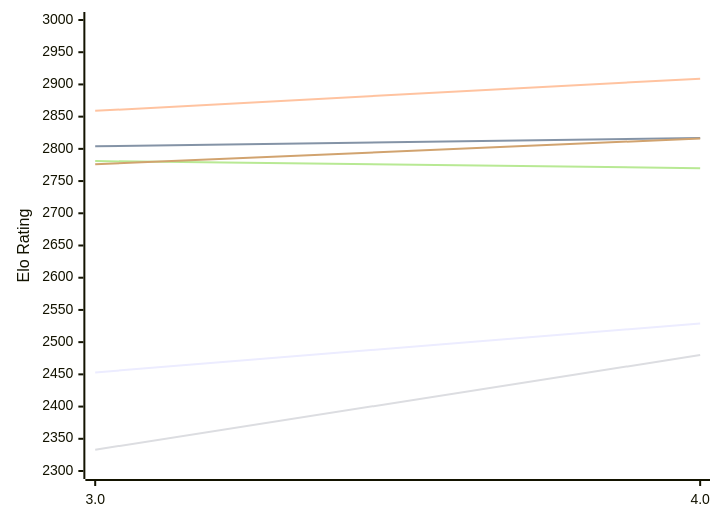
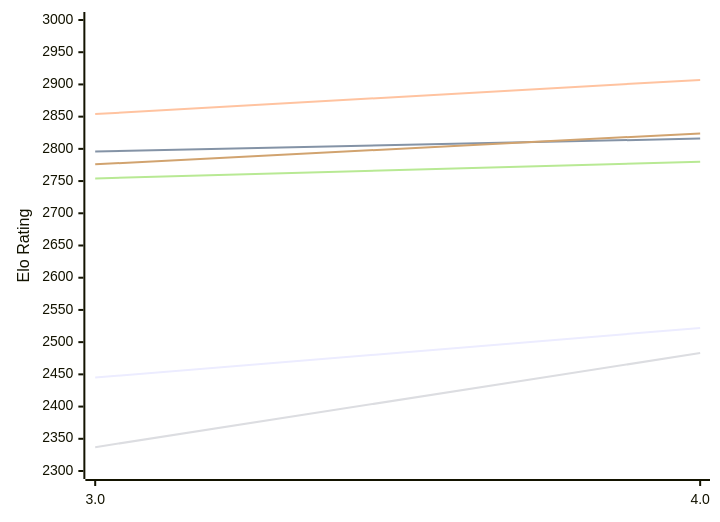
The first of 2 diagrams in engines/Chess3.md (computer-chess-index/cci), drawn with Mermaid before and after one commit. The commit also changed other lines of this file, not shown here.

Commit message:
Update CCI Ratings (ELO VLTC) - 2026-11-18

````diff
--- a/engines/Chess3.md
+++ b/engines/Chess3.md
@@ -50,12 +50,12 @@
 ```mermaid
 %%{init: {"theme":"base","themeVariables":{"seriesColors:['#a3a3a3','#222221','#faa371']}}}%%
 xychart-beta
   x-axis ["3.0", "4.0"]
   y-axis "Elo Rating" 2300 --> 3000
-  line "E1: STC (8.0+0.08s)" [2453, 2529]
-  line "E1: LTC (60.0+0.60s)" [2804, 2817]
-  line "E1: VLTC (2m24s+1.12s)" [2859, 2909]
-  line "P1: STC (8.0+0.08s)" [2333, 2480]
-  line "P1: LTC (60.0+0.60s)" [2781, 2770]
-  line "P1: VLTC (2m24s+1.12s)" [2776, 2816]
+  line "E1: STC (8.0+0.08s)" [2445, 2522]
+  line "E1: LTC (60.0+0.60s)" [2796, 2816]
+  line "E1: VLTC (2m24s+1.12s)" [2854, 2907]
+  line "P1: STC (8.0+0.08s)" [2337, 2483]
+  line "P1: LTC (60.0+0.60s)" [2754, 2780]
+  line "P1: VLTC (2m24s+1.12s)" [2776, 2824]
 ```
````
